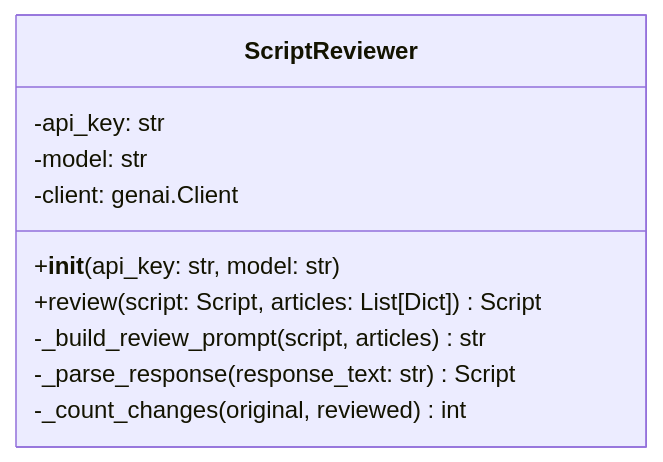
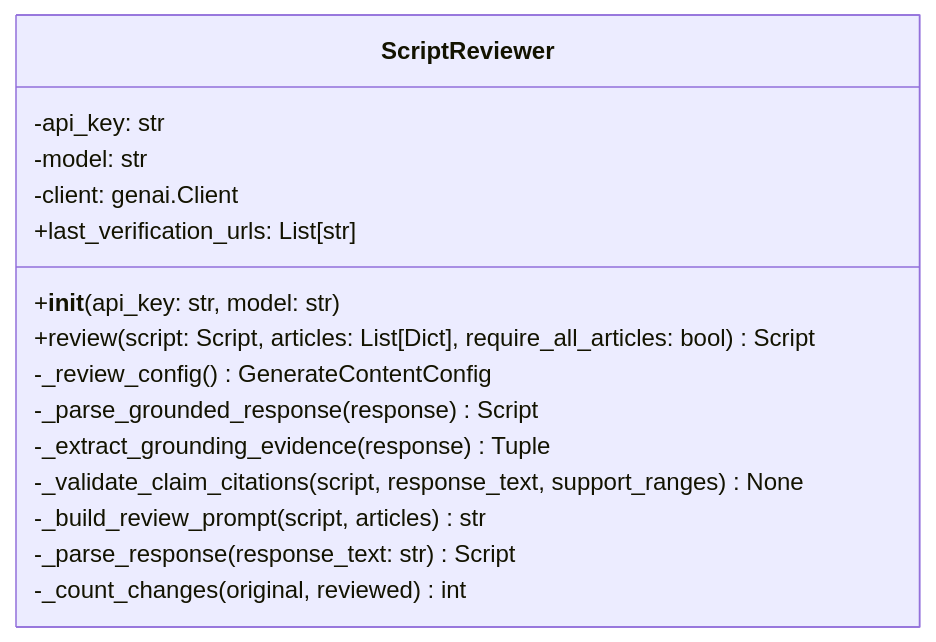
Before and after one commit to necoha/auto-podcast: the third of 8 diagrams in docs/LLD.md, drawn with Mermaid. The commit also changed other lines of this file and 16 other files, not shown here.

First line of the commit message:
Add source-grounded script verification

````diff
--- a/docs/LLD.md
+++ b/docs/LLD.md
@@ -198,13 +198,18 @@
 ```mermaid
 classDiagram
     class ScriptReviewer {
         -api_key: str
         -model: str
         -client: genai.Client
+        +last_verification_urls: List[str]
         +__init__(api_key: str, model: str)
-        +review(script: Script, articles: List[Dict]) Script
+        +review(script: Script, articles: List[Dict], require_all_articles: bool) Script
+        -_review_config() GenerateContentConfig
+        -_parse_grounded_response(response) Script
+        -_extract_grounding_evidence(response) Tuple
+        -_validate_claim_citations(script, response_text, support_ranges) None
         -_build_review_prompt(script, articles) str
         -_parse_response(response_text: str) Script
         -_count_changes(original, reviewed) int
     }
 ```
````
